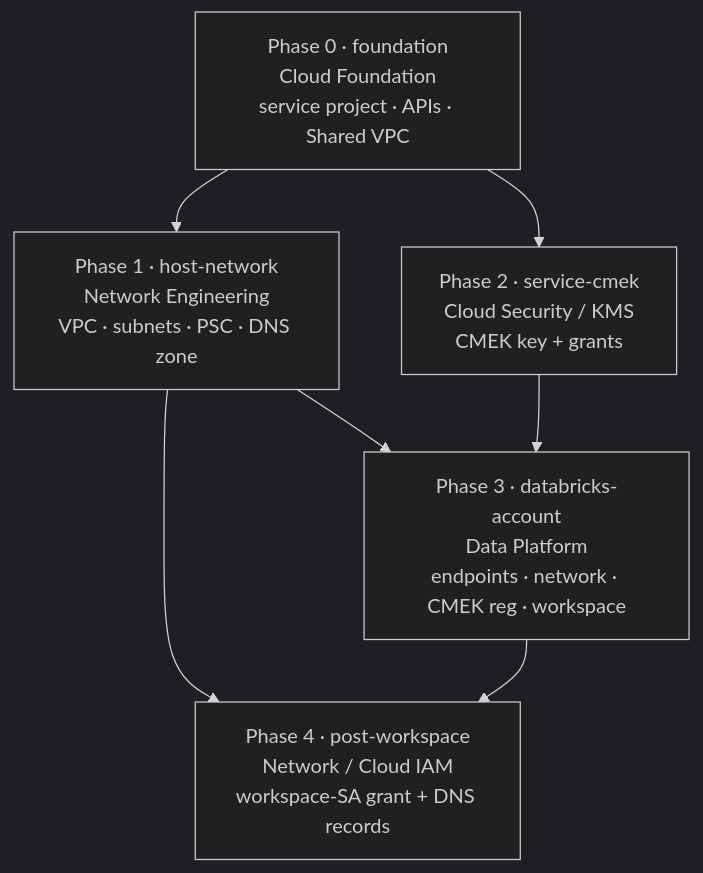
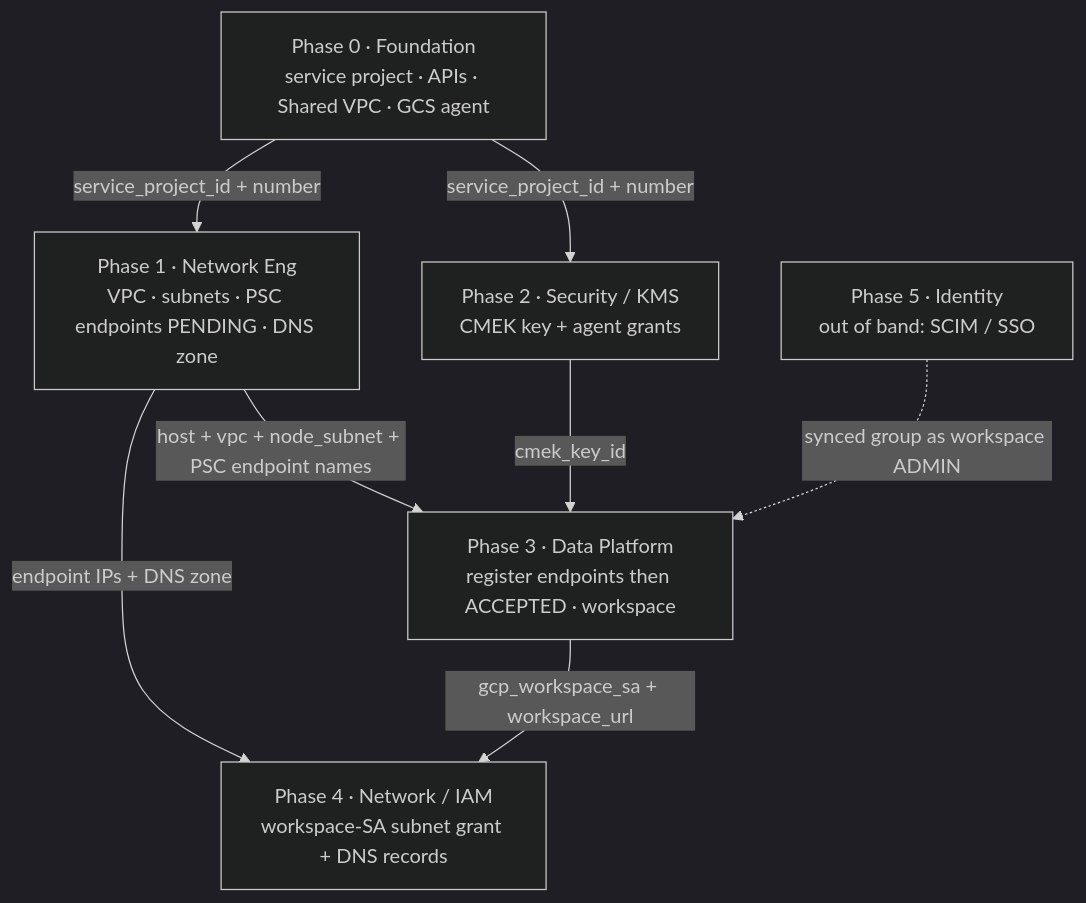
Before and after one commit to klevisa/shared-vpc-cmk-psc-databricks-deployment: the diagram in multi-team/README.md, drawn with Mermaid (dark theme). The commit also changed other lines of this file and 2 other files, not shown here.

Commit message:
Merge runbook into multi-team/README; step-by-step now links to each phase README

````diff
--- a/multi-team/README.md
+++ b/multi-team/README.md
@@ -30,15 +55,17 @@
 ```mermaid
 flowchart TB
-    P0["Phase 0 · foundation<br/>Cloud Foundation<br/>service project · APIs · Shared VPC"]
-    P1["Phase 1 · host-network<br/>Network Engineering<br/>VPC · subnets · PSC · DNS zone"]
-    P2["Phase 2 · service-cmek<br/>Cloud Security / KMS<br/>CMEK key + grants"]
-    P3["Phase 3 · databricks-account<br/>Data Platform<br/>endpoints · network · CMEK reg · workspace"]
-    P4["Phase 4 · post-workspace<br/>Network / Cloud IAM<br/>workspace-SA grant + DNS records"]
+    P0["Phase 0 · Foundation<br/>service project · APIs · Shared VPC · GCS agent"]
+    P1["Phase 1 · Network Eng<br/>VPC · subnets · PSC endpoints PENDING · DNS zone"]
+    P2["Phase 2 · Security / KMS<br/>CMEK key + agent grants"]
+    P3["Phase 3 · Data Platform<br/>register endpoints then ACCEPTED · workspace"]
+    P4["Phase 4 · Network / IAM<br/>workspace-SA subnet grant + DNS records"]
+    P5["Phase 5 · Identity<br/>out of band: SCIM / SSO"]
 
-    P0 --> P1
-    P0 --> P2
-    P1 --> P3
-    P2 --> P3
-    P1 --> P4
-    P3 --> P4
+    P0 -->|"service_project_id + number"| P1
+    P0 -->|"service_project_id + number"| P2
+    P1 -->|"host + vpc + node_subnet + PSC endpoint names"| P3
+    P2 -->|"cmek_key_id"| P3
+    P1 -->|"endpoint IPs + DNS zone"| P4
+    P3 -->|"gcp_workspace_sa + workspace_url"| P4
+    P5 -.->|"synced group as workspace ADMIN"| P3
 ```
````
